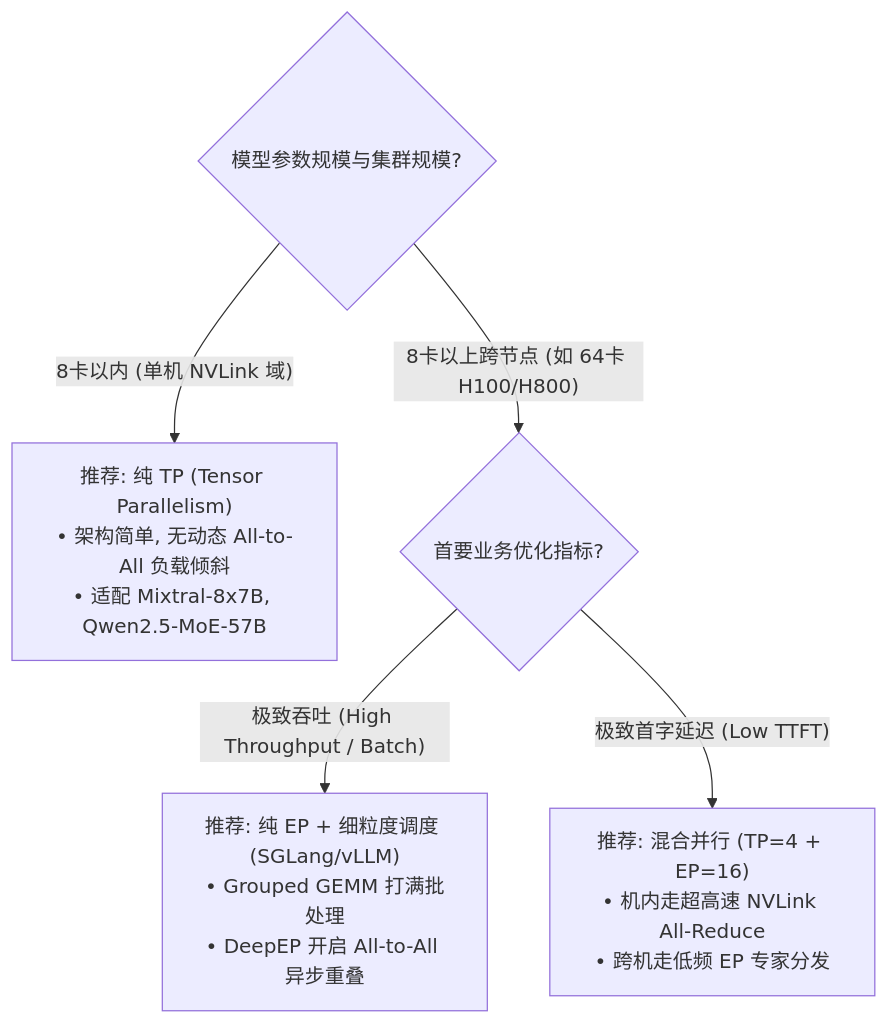
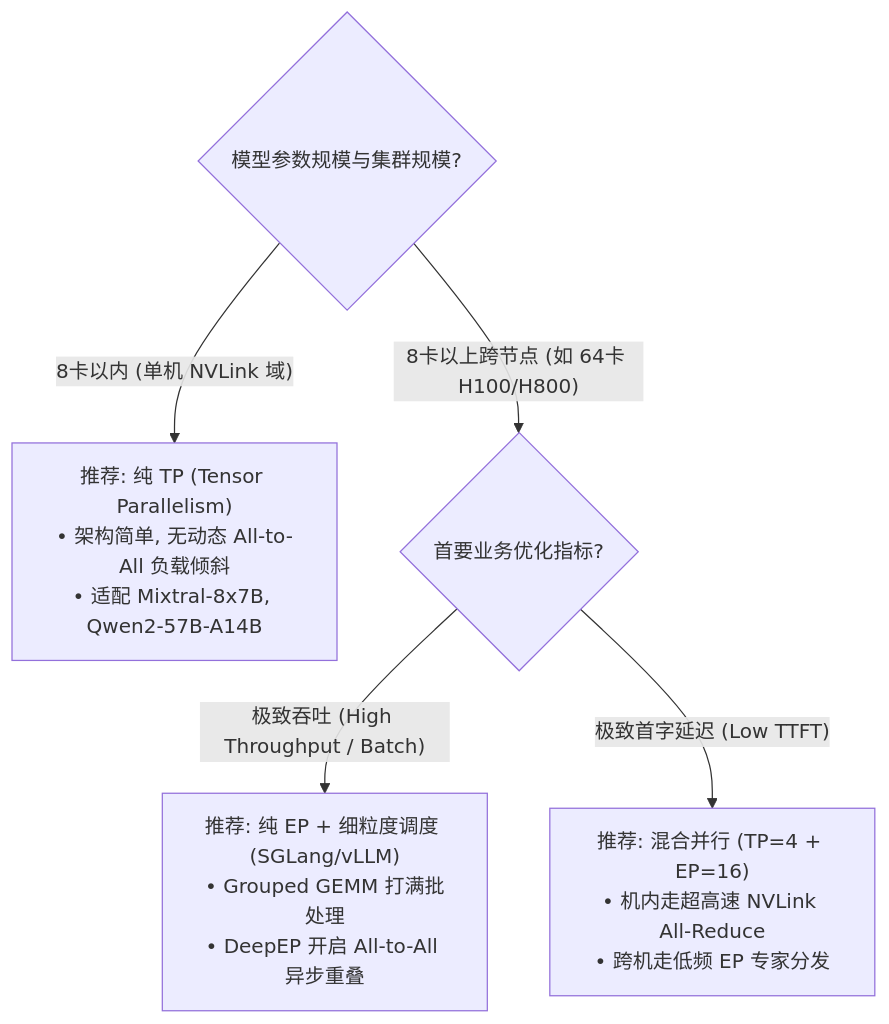
The sixth of 6 diagrams in content/zh/articles/moe-expert-parallelism-inference-engine.md (ifnodoraemon/ifnodoraemon.github.io), drawn with Mermaid before and after one commit. The commit also changed other lines of this file and 171 other files, not shown here.

````diff
--- a/content/zh/articles/moe-expert-parallelism-inference-engine.md
+++ b/content/zh/articles/moe-expert-parallelism-inference-engine.md
@@ -457,12 +457,12 @@
 ```mermaid
 flowchart TD
     Q1{"模型参数规模与集群规模?"}
     
-    Q1 -- "8卡以内 (单机 NVLink 域)" --> DEC_TP["推荐: 纯 TP (Tensor Parallelism)<br/>• 架构简单, 无动态 All-to-All 负载倾斜<br/>• 适配 Mixtral-8x7B, Qwen2.5-MoE-57B"]
+    Q1 -- "8卡以内 (单机 NVLink 域)" --> DEC_TP["推荐: 纯 TP (Tensor Parallelism)<br/>• 架构简单, 无动态 All-to-All 负载倾斜<br/>• 适配 Mixtral-8x7B, Qwen2-57B-A14B"]
     
     Q1 -- "8卡以上跨节点 (如 64卡 H100/H800)" --> Q2{"首要业务优化指标?"}
     
     Q2 -- "极致吞吐 (High Throughput / Batch)" --> DEC_EP["推荐: 纯 EP + 细粒度调度 (SGLang/vLLM)<br/>• Grouped GEMM 打满批处理<br/>• DeepEP 开启 All-to-All 异步重叠"]
     
     Q2 -- "极致首字延迟 (Low TTFT)" --> DEC_HYBRID["推荐: 混合并行 (TP=4 + EP=16)<br/>• 机内走超高速 NVLink All-Reduce<br/>• 跨机走低频 EP 专家分发"]
 ```
````
